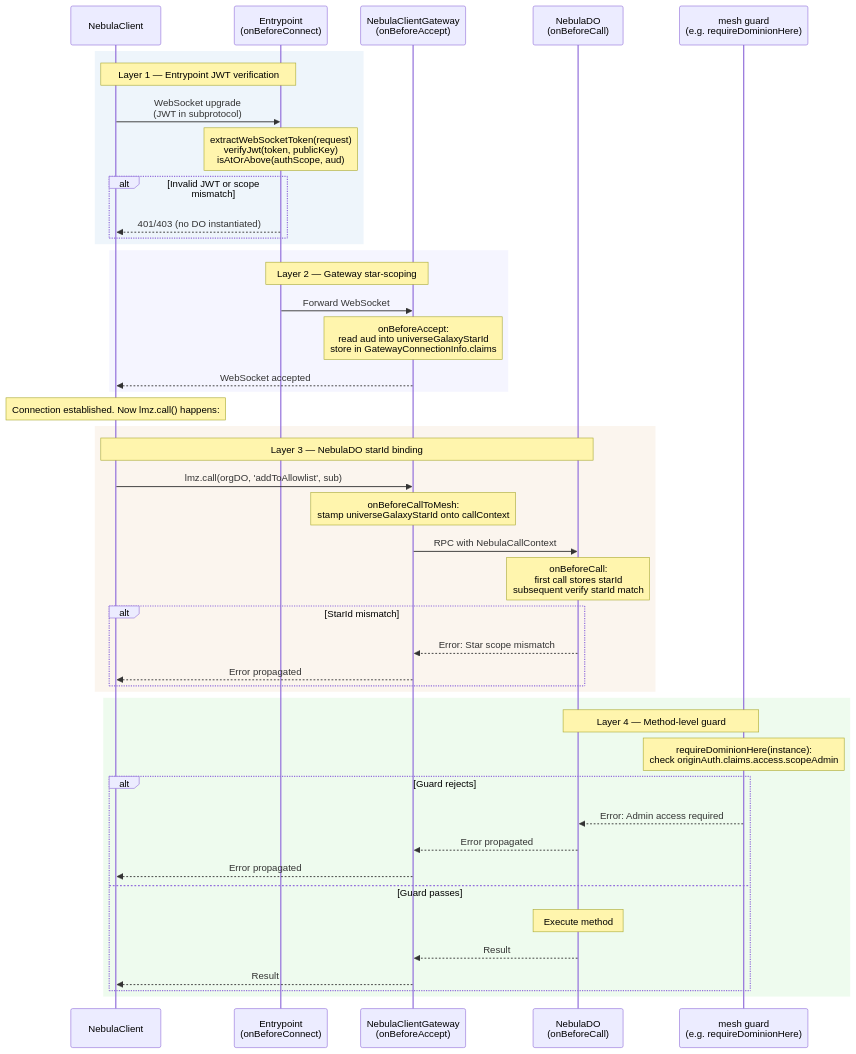
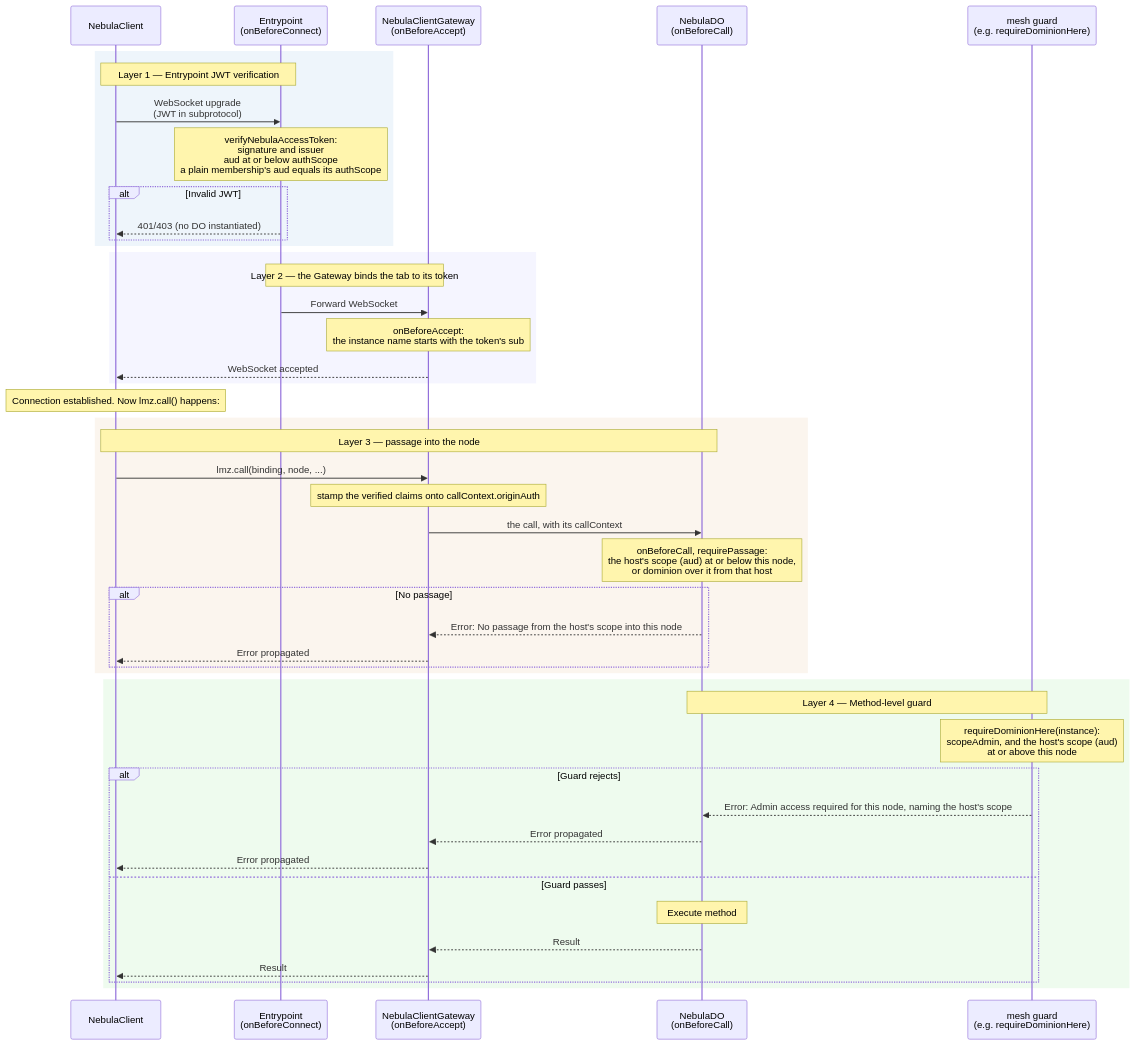
The fourth of 5 diagrams in website/docs/nebula/auth-flows.md (lumenize/lumenize), drawn with Mermaid before and after one commit. The commit also changed other lines of this file and 324 other files, not shown here.

First line of the commit message:
feat(nebula): every scope on its own host, sessions on the platform host

````diff
--- a/website/docs/nebula/auth-flows.md
+++ b/website/docs/nebula/auth-flows.md
@@ -264,52 +205,52 @@
 ```mermaid
 sequenceDiagram
     participant C as NebulaClient
     participant EP as Entrypoint<br/>(onBeforeConnect)
     participant GW as NebulaClientGateway<br/>(onBeforeAccept)
     participant DO as NebulaDO<br/>(onBeforeCall)
     participant M as mesh guard<br/>(e.g. requireDominionHere)
 
     rect rgba(200, 220, 240, 0.3)
         Note over C,EP: Layer 1 — Entrypoint JWT verification
         C->>EP: WebSocket upgrade<br/>(JWT in subprotocol)
-        Note over EP: extractWebSocketToken(request)<br/>verifyJwt(token, publicKey)<br/>isAtOrAbove(authScope, aud)
-        alt Invalid JWT or scope mismatch
+        Note over EP: verifyNebulaAccessToken:<br/>signature and issuer<br/>aud at or below authScope<br/>a plain membership's aud equals its authScope
+        alt Invalid JWT
             EP-->>C: 401/403 (no DO instantiated)
         end
     end
 
     rect rgba(220, 220, 255, 0.3)
-        Note over EP,GW: Layer 2 — Gateway star-scoping
+        Note over EP,GW: Layer 2 — the Gateway binds the tab to its token
         EP->>GW: Forward WebSocket
-        Note over GW: onBeforeAccept:<br/>read aud into universeGalaxyStarId<br/>store in GatewayConnectionInfo.claims
+        Note over GW: onBeforeAccept:<br/>the instance name starts with the token's sub
         GW-->>C: WebSocket accepted
     end
 
     Note over C: Connection established. Now lmz.call() happens:
 
     rect rgba(240, 220, 200, 0.3)
-        Note over C,DO: Layer 3 — NebulaDO starId binding
-        C->>GW: lmz.call(orgDO, 'addToAllowlist', sub)
-        Note over GW: onBeforeCallToMesh:<br/>stamp universeGalaxyStarId onto callContext
-        GW->>DO: RPC with NebulaCallContext
-        Note over DO: onBeforeCall:<br/>first call stores starId<br/>subsequent verify starId match
-        alt StarId mismatch
-            DO-->>GW: Error: Star scope mismatch
+        Note over C,DO: Layer 3 — passage into the node
+        C->>GW: lmz.call(binding, node, ...)
+        Note over GW: stamp the verified claims onto callContext.originAuth
+        GW->>DO: the call, with its callContext
+        Note over DO: onBeforeCall, requirePassage:<br/>the host's scope (aud) at or below this node,<br/>or dominion over it from that host
+        alt No passage
+            DO-->>GW: Error: No passage from the host's scope into this node
             GW-->>C: Error propagated
         end
     end
 
     rect rgba(200, 240, 200, 0.3)
         Note over DO,M: Layer 4 — Method-level guard
-        Note over M: requireDominionHere(instance):<br/>check originAuth.claims.access.scopeAdmin
+        Note over M: requireDominionHere(instance):<br/>scopeAdmin, and the host's scope (aud)<br/>at or above this node
         alt Guard rejects
-            M-->>DO: Error: Admin access required
+            M-->>DO: Error: Admin access required for this node, naming the host's scope
             DO-->>GW: Error propagated
             GW-->>C: Error propagated
         else Guard passes
             Note over DO: Execute method
             DO-->>GW: Result
             GW-->>C: Result
         end
     end
 ```
````
